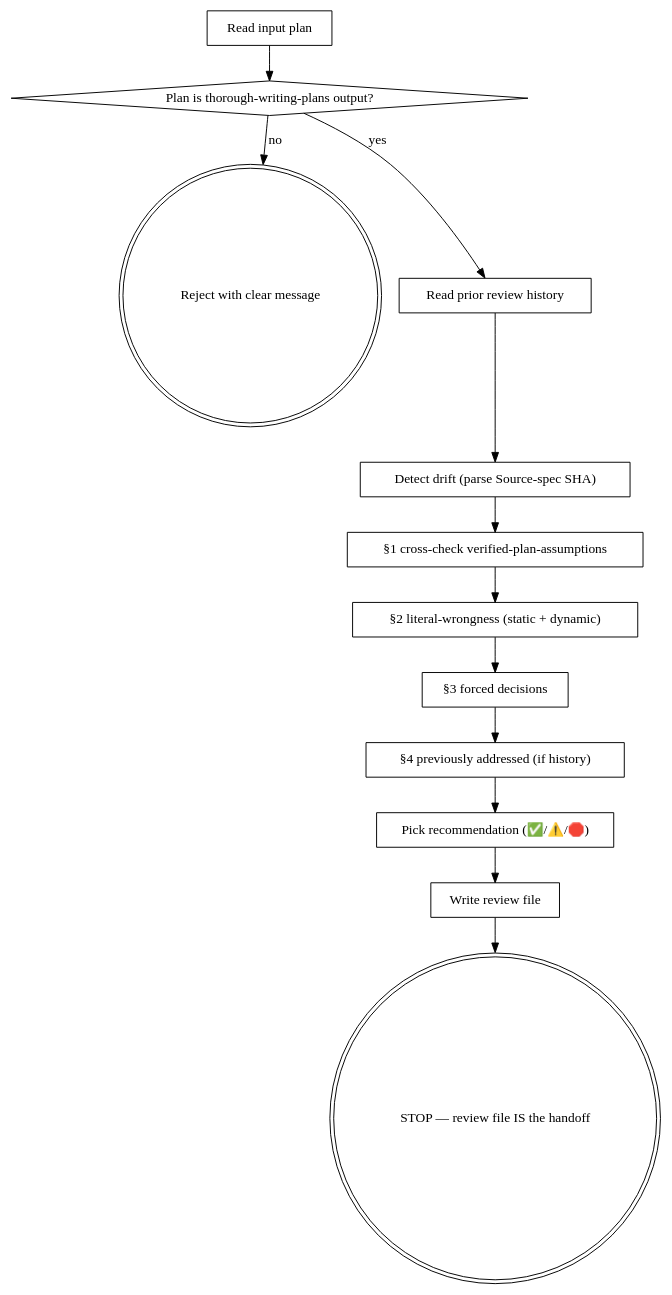
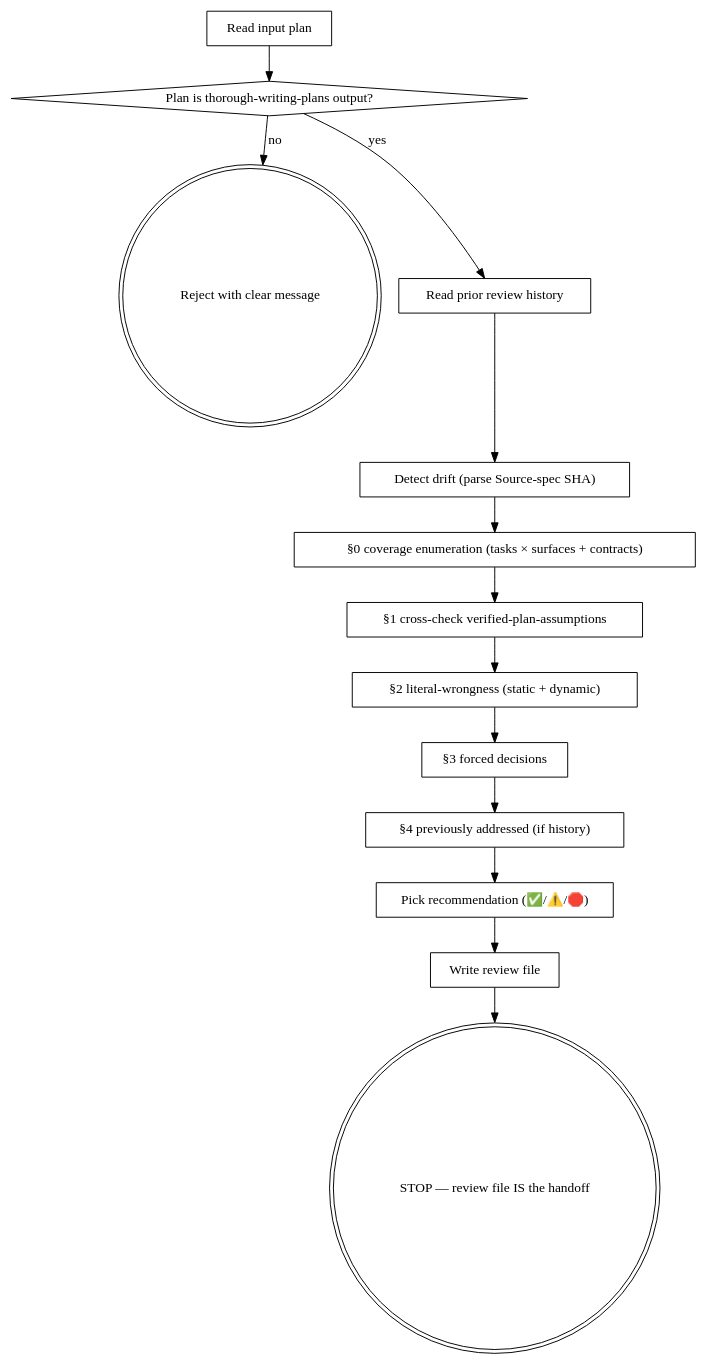
The diagram in skills/critical-implementation-review/SKILL.md (yv01p/peters-toolkit), drawn with Graphviz before and after one commit. The commit also changed other lines of this file and 4 other files, not shown here.

First line of the commit message:
feat(cdr,cir): coverage-enumeration recall machinery — §0 sweep, span check, both-directions rule, anti-anchor (v2.2.0)

````diff
--- a/skills/critical-implementation-review/SKILL.md
+++ b/skills/critical-implementation-review/SKILL.md
@@ -32,28 +33,30 @@
 ```dot
 digraph cir_v2 {
     "Read input plan" [shape=box];
     "Plan is thorough-writing-plans output?" [shape=diamond];
     "Reject with clear message" [shape=doublecircle];
     "Read prior review history" [shape=box];
     "Detect drift (parse Source-spec SHA)" [shape=box];
+    "§0 coverage enumeration (tasks × surfaces + contracts)" [shape=box];
     "§1 cross-check verified-plan-assumptions" [shape=box];
     "§2 literal-wrongness (static + dynamic)" [shape=box];
     "§3 forced decisions" [shape=box];
     "§4 previously addressed (if history)" [shape=box];
     "Pick recommendation (✅/⚠️/🛑)" [shape=box];
     "Write review file" [shape=box];
     "STOP — review file IS the handoff" [shape=doublecircle];
 
     "Read input plan" -> "Plan is thorough-writing-plans output?";
     "Plan is thorough-writing-plans output?" -> "Reject with clear message" [label="no"];
     "Plan is thorough-writing-plans output?" -> "Read prior review history" [label="yes"];
     "Read prior review history" -> "Detect drift (parse Source-spec SHA)";
-    "Detect drift (parse Source-spec SHA)" -> "§1 cross-check verified-plan-assumptions";
+    "Detect drift (parse Source-spec SHA)" -> "§0 coverage enumeration (tasks × surfaces + contracts)";
+    "§0 coverage enumeration (tasks × surfaces + contracts)" -> "§1 cross-check verified-plan-assumptions";
     "§1 cross-check verified-plan-assumptions" -> "§2 literal-wrongness (static + dynamic)";
     "§2 literal-wrongness (static + dynamic)" -> "§3 forced decisions";
     "§3 forced decisions" -> "§4 previously addressed (if history)";
     "§4 previously addressed (if history)" -> "Pick recommendation (✅/⚠️/🛑)";
     "Pick recommendation (✅/⚠️/🛑)" -> "Write review file";
     "Write review file" -> "STOP — review file IS the handoff";
 }
 ```
````
